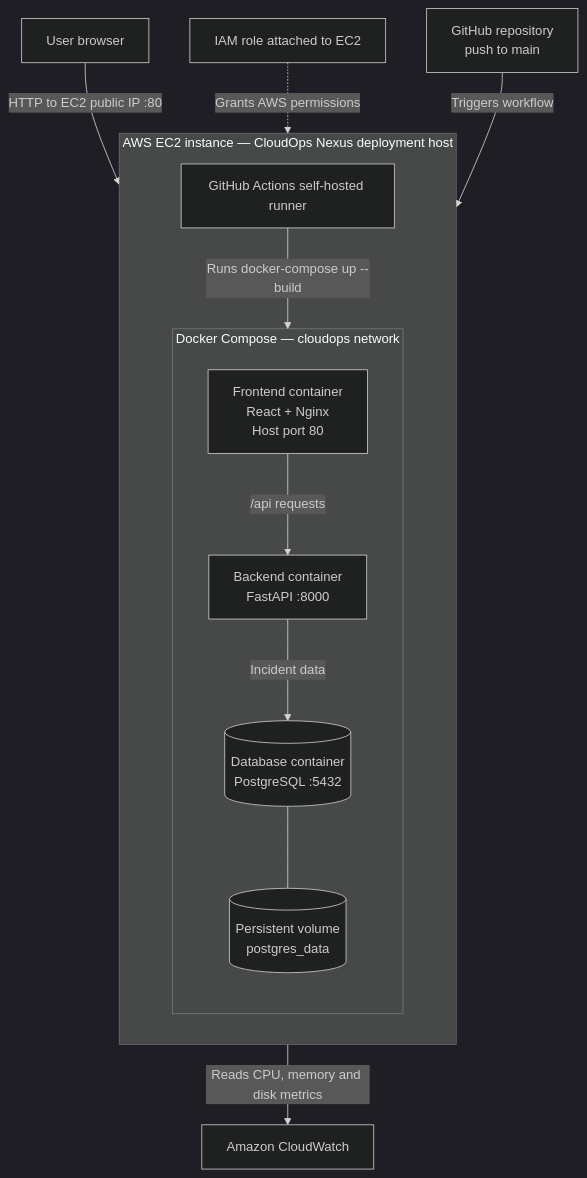
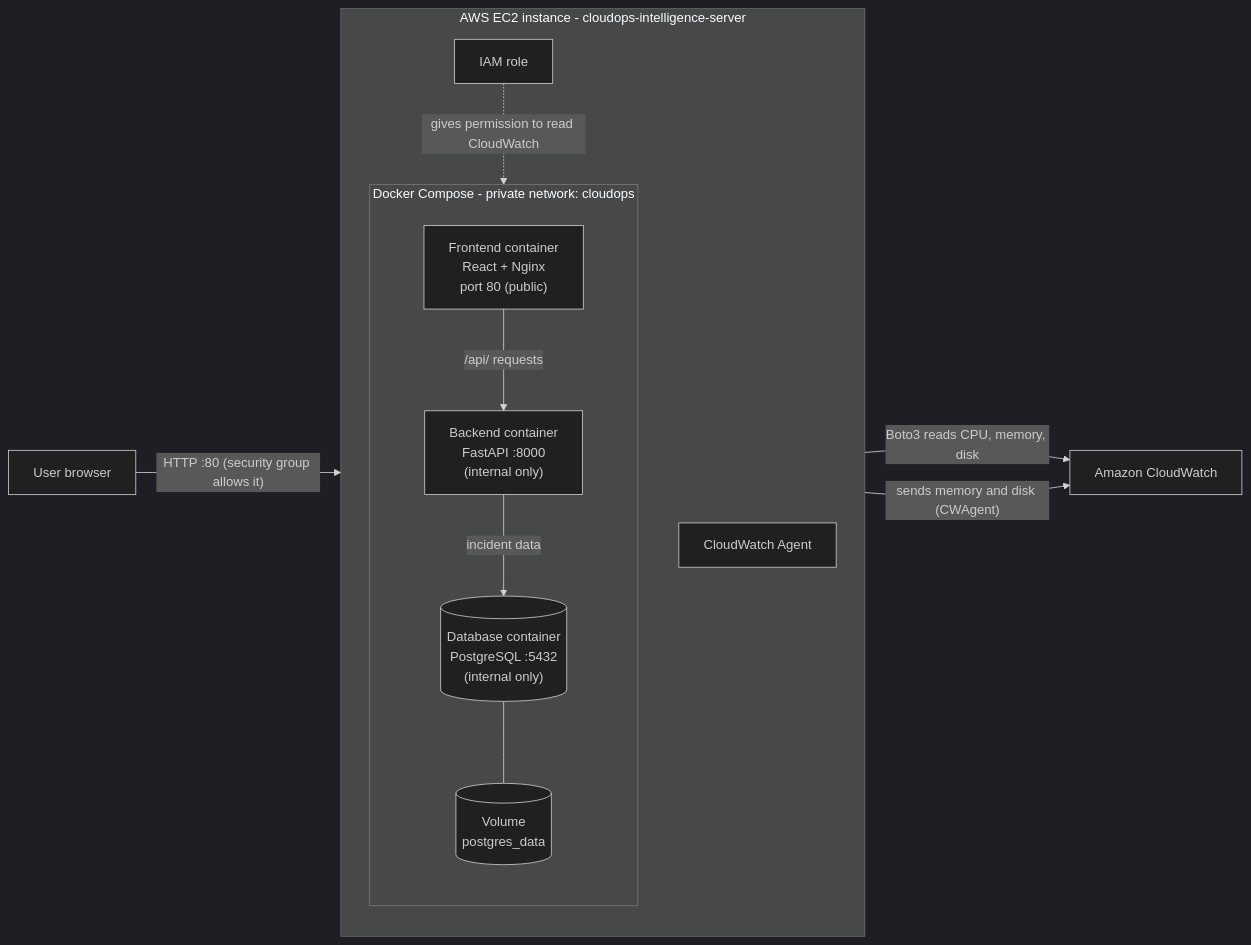
The first of 2 diagrams in README.md (Bharath9542530187/CloudOps-Nexus), drawn with Mermaid (dark theme) before and after one commit. The commit also changed other lines of this file, not shown here.

Commit message:
docs: update README with runtime and deployment architecture

````diff
--- a/README.md
+++ b/README.md
@@ -9,29 +20,30 @@
 ```mermaid
-flowchart TB
+flowchart LR
     Browser[User browser]
 
-    subgraph EC2["AWS EC2 instance — CloudOps Nexus deployment host"]
+    subgraph EC2["AWS EC2 instance - cloudops-intelligence-server"]
       direction TB
 
-      subgraph APP["Docker Compose — cloudops network"]
+      subgraph APP["Docker Compose - private network: cloudops"]
         direction TB
-        Nginx["Frontend container<br/>React + Nginx<br/>Host port 80"]
-        API["Backend container<br/>FastAPI :8000"]
-        DB[("Database container<br/>PostgreSQL :5432")]
-        VOL[("Persistent volume<br/>postgres_data")]
+        FE["Frontend container<br/>React + Nginx<br/>port 80 (public)"]
+        BE["Backend container<br/>FastAPI :8000<br/>(internal only)"]
+        DB[("Database container<br/>PostgreSQL :5432<br/>(internal only)")]
+        VOL[("Volume<br/>postgres_data")]
 
-        Nginx -->|/api requests| API
-        API -->|Incident data| DB
+        FE -->|/api/ requests| BE
+        BE -->|incident data| DB
         DB --- VOL
       end
 
-      Runner["GitHub Actions self-hosted runner"]
-      Runner -->|Runs docker-compose up --build| APP
+      AGENT["CloudWatch Agent"]
+      ROLE["IAM role"]
     end
 
-    Browser -->|HTTP to EC2 public IP :80| Nginx
+    CW["Amazon CloudWatch"]
 
-    API -->|Reads CPU, memory and disk metrics| CW["Amazon CloudWatch"]
-    ROLE["IAM role attached to EC2"] -.->|Grants AWS permissions| API
-    GitHub["GitHub repository<br/>push to main"] -->|Triggers workflow| Runner
+    Browser -->|"HTTP :80 (security group allows it)"| FE
+    BE -->|"Boto3 reads CPU, memory, disk"| CW
+    AGENT -->|"sends memory and disk (CWAgent)"| CW
+    ROLE -.->|"gives permission to read CloudWatch"| BE
 ```
````
